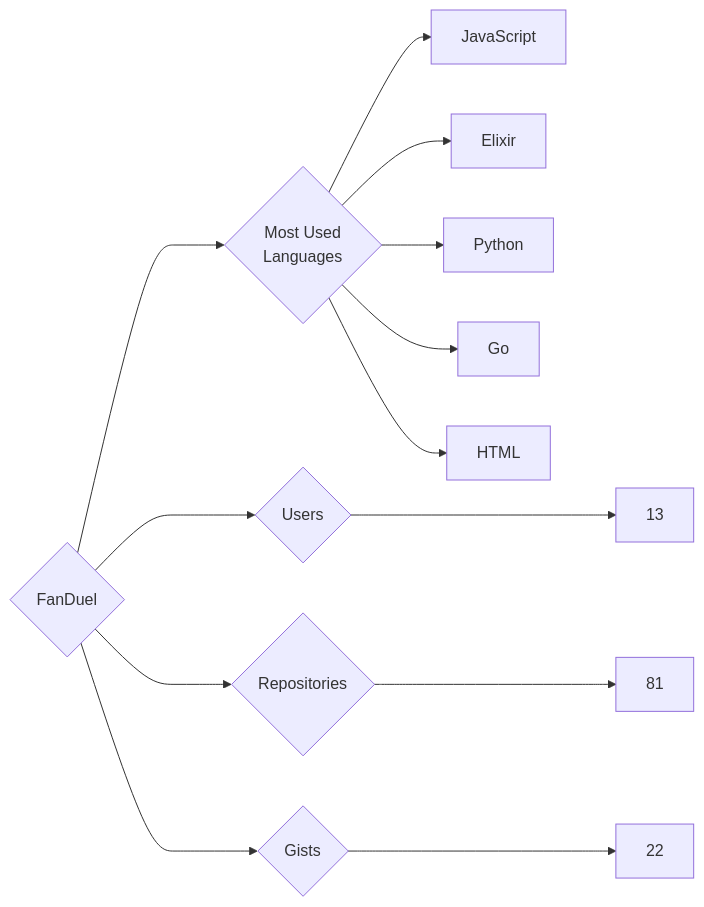
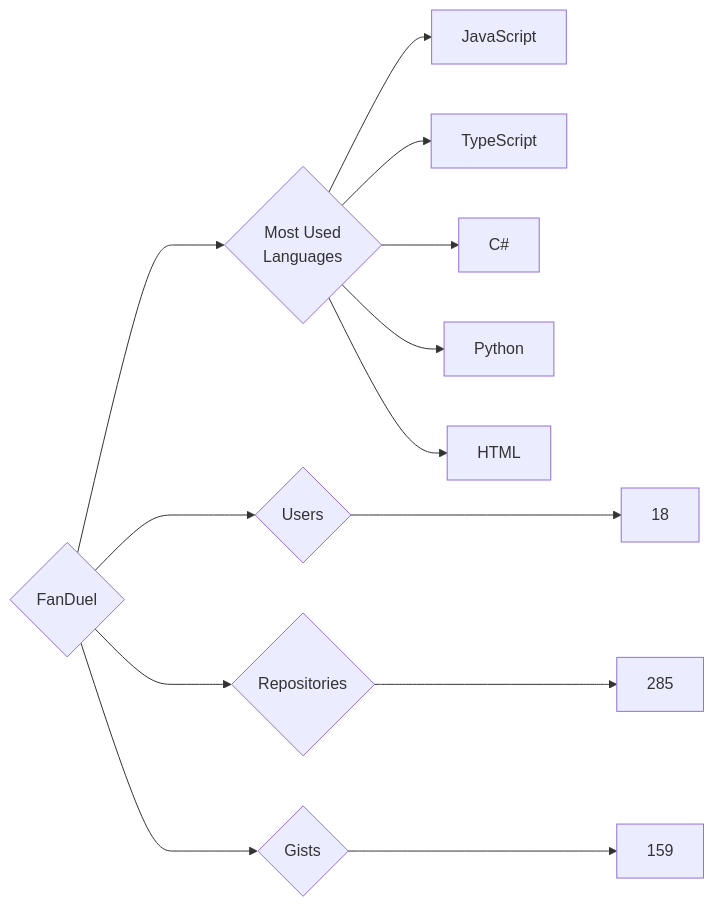
Before and after one commit to trickest/insiders: the diagram in targets/FanDuel/README.md, drawn with Mermaid. The commit also changed 636 other files, not shown here.

````diff
--- a/targets/FanDuel/README.md
+++ b/targets/FanDuel/README.md
@@ -3,13 +3,13 @@
 ```mermaid
 graph LR
 COMPANY_NAME{FanDuel}
-COMPANY_NAME ---> U{Users} ---> UN[13]
-COMPANY_NAME ---> R{Repositories} ---> RN[81]
-COMPANY_NAME ---> G{Gists} ---> GN[22]
+COMPANY_NAME ---> U{Users} ---> UN[18]
+COMPANY_NAME ---> R{Repositories} ---> RN[285]
+COMPANY_NAME ---> G{Gists} ---> GN[159]
 COMPANY_NAME ---> ML{Most Used<br>Languages}
 ML --> JavaScript[JavaScript]
-ML --> Elixir[Elixir]
+ML --> TypeScript[TypeScript]
+ML --> C#[C#]
 ML --> Python[Python]
-ML --> Go[Go]
 ML --> HTML[HTML]
 ```
````
